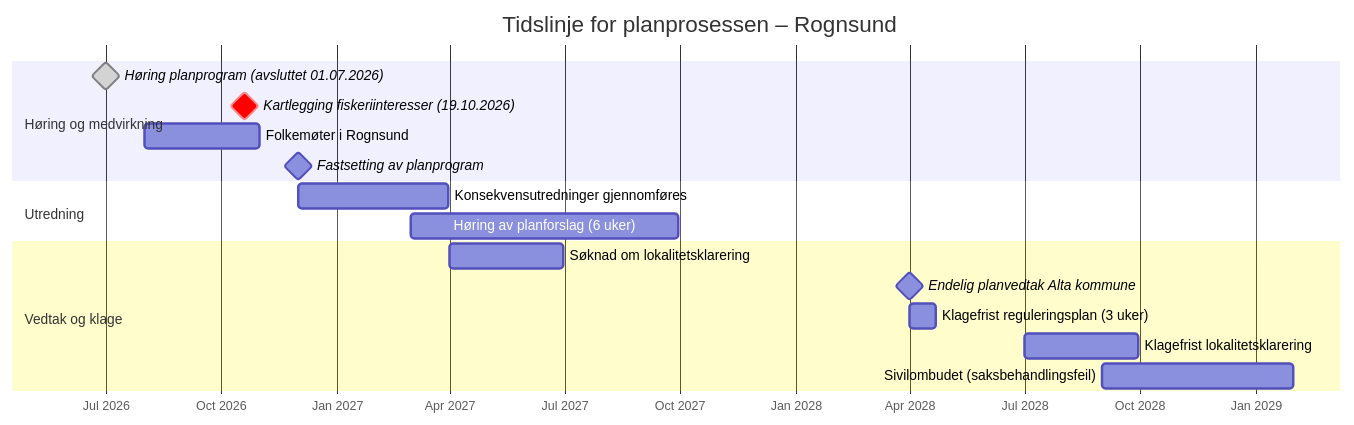
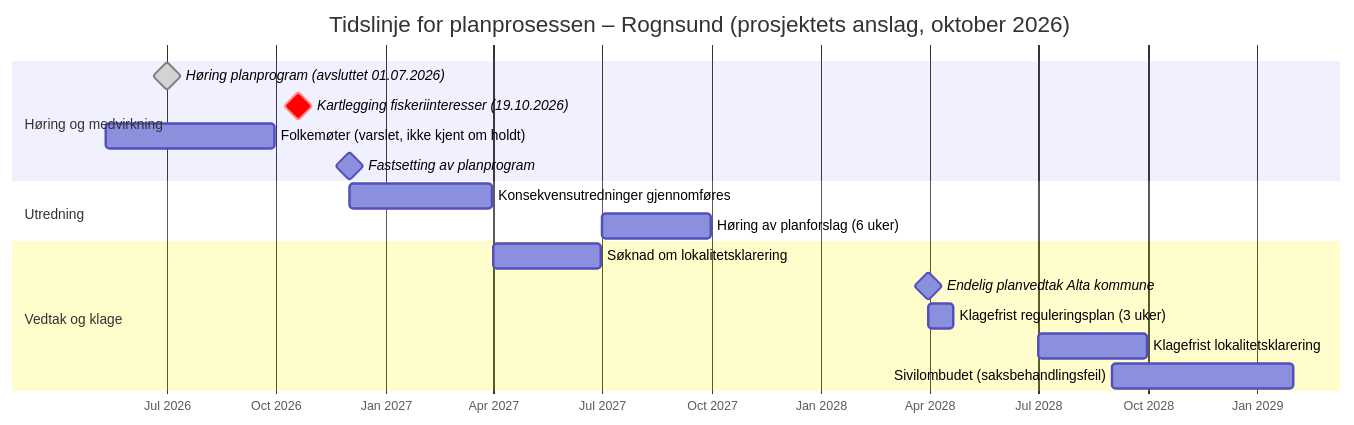
Before and after one commit to egkristi/Rognsund_Oppdrett: the diagram in Salmar_2026/README.md, drawn with Mermaid. The commit also changed other lines of this file and 4 other files, not shown here.

````diff
--- a/Salmar_2026/README.md
+++ b/Salmar_2026/README.md
@@ -354,23 +354,23 @@
 ```mermaid
 gantt
-    title Tidslinje for planprosessen – Rognsund
+    title Tidslinje for planprosessen – Rognsund (prosjektets anslag, oktober 2026)
     dateFormat  YYYY-MM-DD
     axisFormat  %b %Y
 
     section Høring og medvirkning
     Høring planprogram (avsluttet 01.07.2026) :done, milestone, 2026-07-01, 0d
     Kartlegging fiskeriinteresser (19.10.2026) :crit, milestone, 2026-10-19, 0d
-    Folkemøter i Rognsund                     :2026-08-01, 2026-10-31
+    Folkemøter (varslet, ikke kjent om holdt) :2026-05-11, 2026-09-30
     Fastsetting av planprogram                :milestone, 2026-12-01, 0d
 
     section Utredning
     Konsekvensutredninger gjennomføres        :2026-12-01, 2027-03-31
-    Høring av planforslag (6 uker)            :2027-03-01, 2027-09-30
+    Høring av planforslag (6 uker)            :2027-07-01, 2027-09-30
 
     section Vedtak og klage
     Søknad om lokalitetsklarering             :2027-04-01, 2027-06-30
-    Endelig planvedtak Alta kommune           :milestone, 2028-04-01, 0d
-    Klagefrist reguleringsplan (3 uker)       :2028-04-01, 2028-04-22
+    Endelig planvedtak Alta kommune           :milestone, 2028-03-31, 0d
+    Klagefrist reguleringsplan (3 uker)       :2028-03-31, 2028-04-21
     Klagefrist lokalitetsklarering            :2028-07-01, 2028-09-30
     Sivilombudet (saksbehandlingsfeil)        :2028-09-01, 2029-01-31
 ```
````
